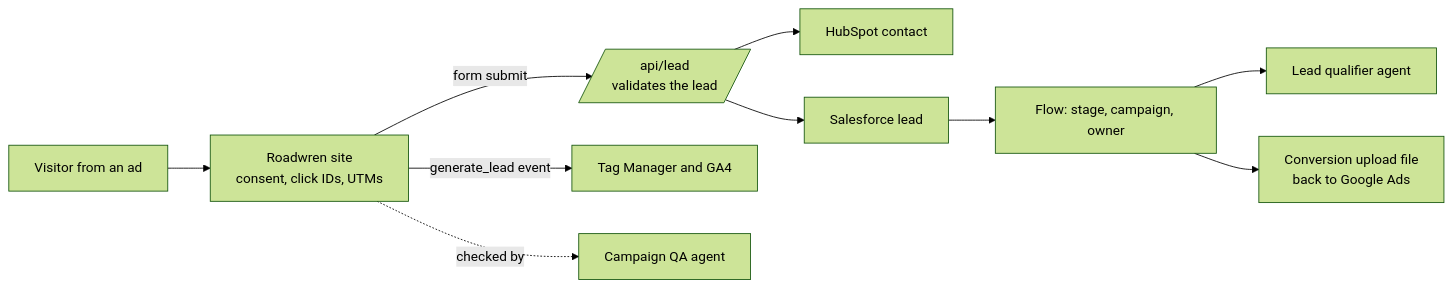
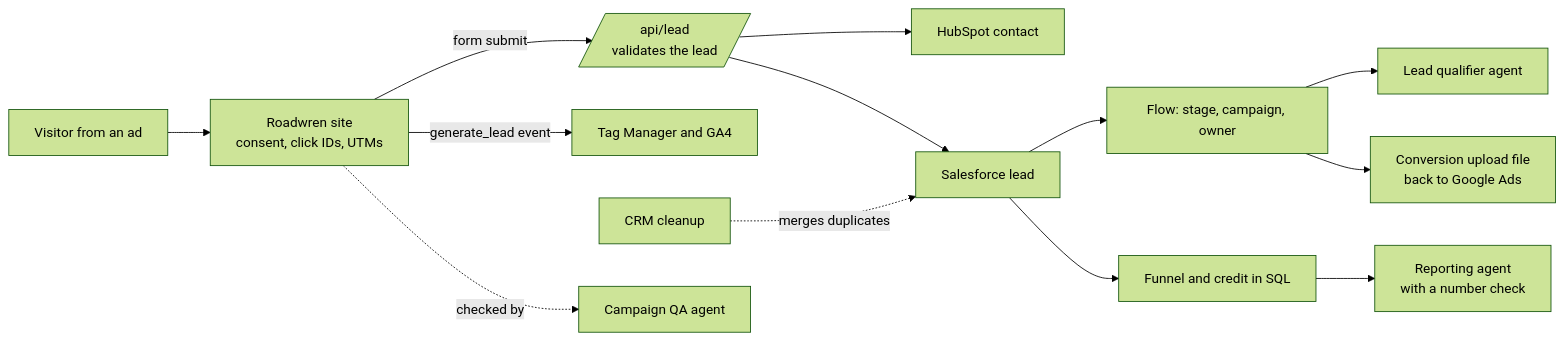
The diagram in README.md (mpickles/revenue-stack-demo), drawn with Mermaid (forest theme) before and after one commit. The commit also changed other lines of this file, not shown here.

First line of the commit message:
README: six builds in order, CRM cleanup in Salesforce, how to build the proof page

````diff
--- a/README.md
+++ b/README.md
@@ -12,12 +12,15 @@
 ```mermaid
 flowchart LR
   V[Visitor from an ad] --> S[Roadwren site<br/>consent, click IDs, UTMs]
   S -->|form submit| A[/api/lead<br/>validates the lead/]
   S -->|generate_lead event| T[Tag Manager and GA4]
   A --> H[HubSpot contact]
   A --> SF[Salesforce lead]
   SF --> F[Flow: stage, campaign, owner]
   F --> Q[Lead qualifier agent]
   F --> O[Conversion upload file<br/>back to Google Ads]
+  SF --> W[Funnel and credit in SQL]
+  W --> R[Reporting agent<br/>with a number check]
+  D[CRM cleanup] -.merges duplicates.-> SF
   S -.checked by.-> QA[Campaign QA agent]
 ```
````
